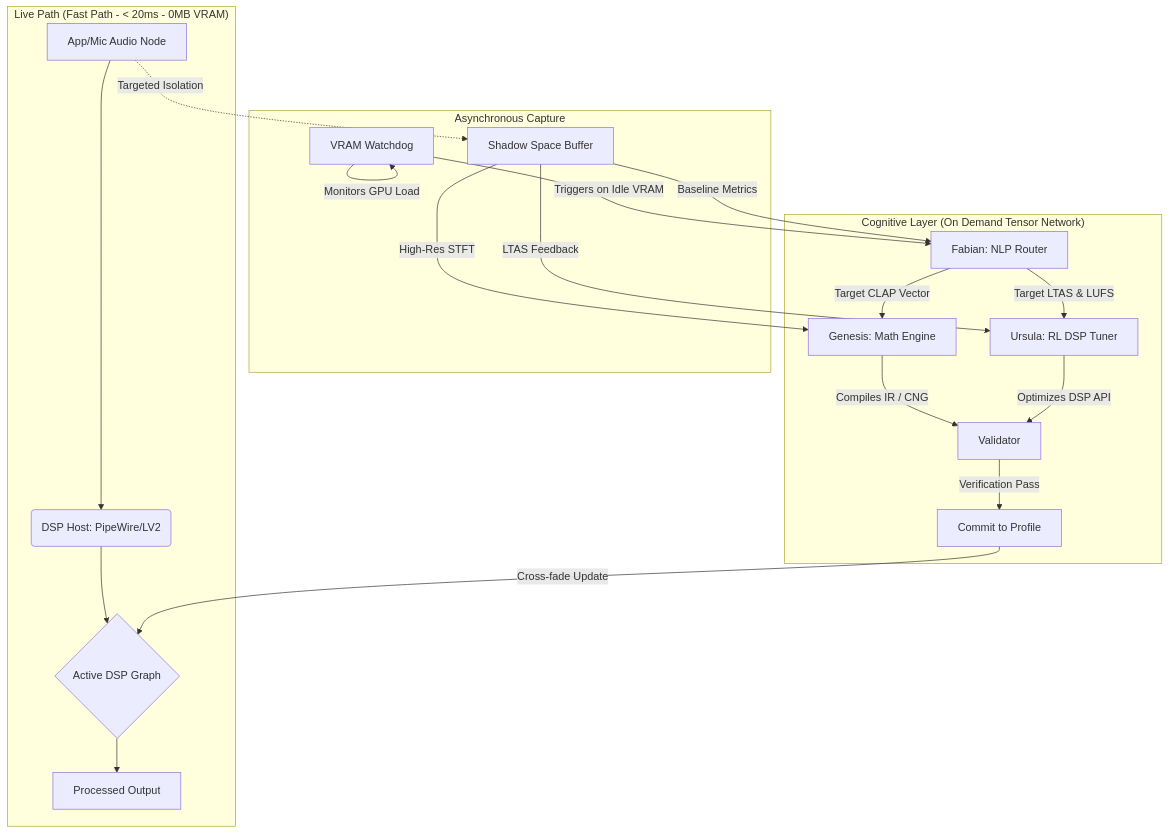
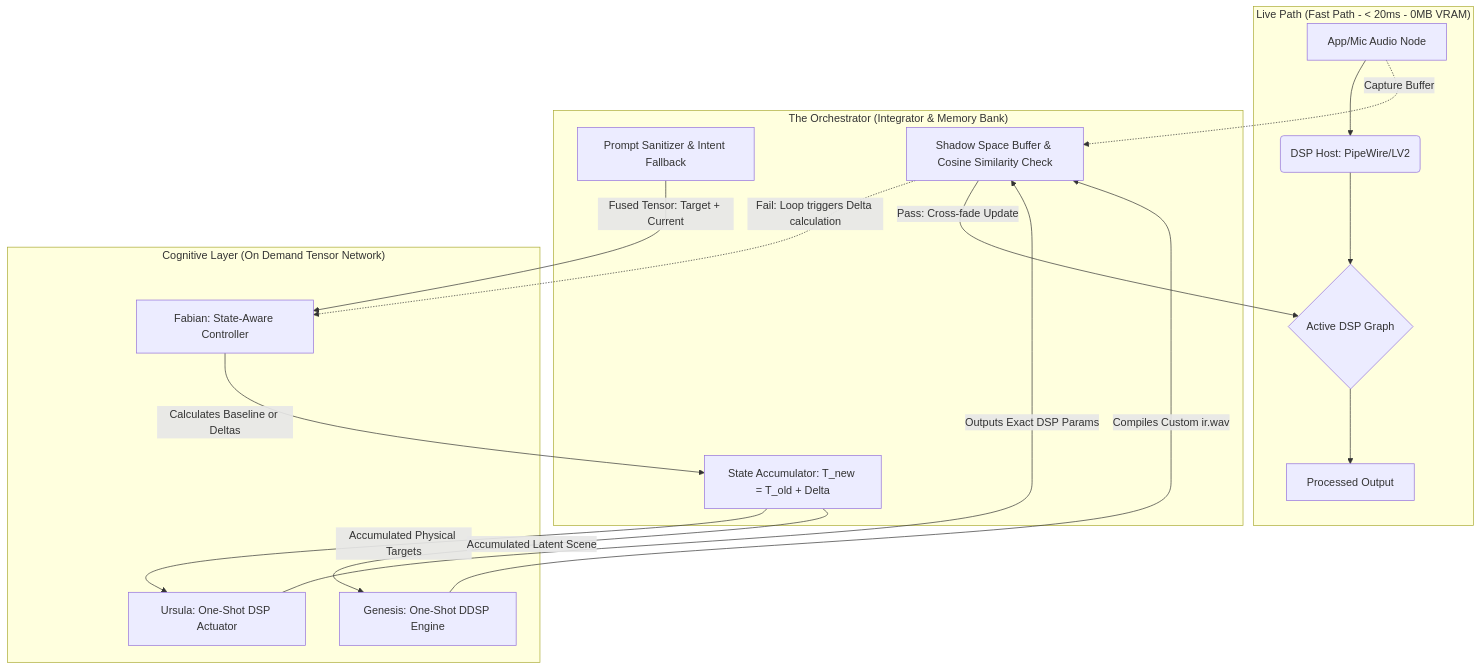
The diagram in README.md (Kosher-T/faurge), drawn with Mermaid before and after one commit. The commit also changed other lines of this file and 7 other files, not shown here.

Commit message:
feat: Add documentation for dataset generation pipeline and Faurge agentic execution flow, replacing Fabian's overview with the new flow. Update other doc to match.

````diff
--- a/README.md
+++ b/README.md
@@ -17,30 +17,33 @@
 ```mermaid
 graph TD
     subgraph "Live Path (Fast Path - < 20ms - 0MB VRAM)"
         A[App/Mic Audio Node] --> B(DSP Host: PipeWire/LV2)
         B --> C{Active DSP Graph}
         C --> D[Processed Output]
     end
 
-    subgraph "Asynchronous Capture"
-        A -.-> |Targeted Isolation| E[Shadow Space Buffer]
-        W[VRAM Watchdog] -- "Monitors GPU Load" --> W
+    subgraph "The Orchestrator (Integrator & Memory Bank)"
+        O_CPU[Prompt Sanitizer & Intent Fallback]
+        O_Mem[State Accumulator: T_new = T_old + Delta]
+        O_Shadow[Shadow Space Buffer & Cosine Similarity Check]
     end
 
     subgraph "Cognitive Layer (On Demand Tensor Network)"
-        W -- "Triggers on Idle VRAM" --> F[Fabian: NLP Router]
-        E -- "Baseline Metrics" --> F
-        F -- "Target LTAS & LUFS" --> U[Ursula: RL DSP Tuner]
-        F -- "Target CLAP Vector" --> G[Genesis: Math Engine]
+        A -.-> |Capture Buffer| O_Shadow
+        O_CPU --> |Fused Tensor: Target + Current| F
         
-        E -- "LTAS Feedback" --> U
-        E -- "High-Res STFT" --> G
+        F[Fabian: State-Aware Controller] 
+        U[Ursula: One-Shot DSP Actuator]
+        G[Genesis: One-Shot DDSP Engine]
         
-        G -- "Compiles IR / CNG" --> I[Validator]
-        U -- "Optimizes DSP API" --> I
+        F -- "Calculates Baseline or Deltas" --> O_Mem
+        O_Mem -- "Accumulated Physical Targets" --> U
+        O_Mem -- "Accumulated Latent Scene" --> G
         
-        I -- "Verification Pass" --> J[Commit to Profile]
+        U -- "Outputs Exact DSP Params" --> O_Shadow
+        G -- "Compiles Custom ir.wav" --> O_Shadow
     end
 
-    J -- "Cross-fade Update" --> C
+    O_Shadow -.-> |Fail: Loop triggers Delta calculation| F
+    O_Shadow -- "Pass: Cross-fade Update" --> C
 ```
````
